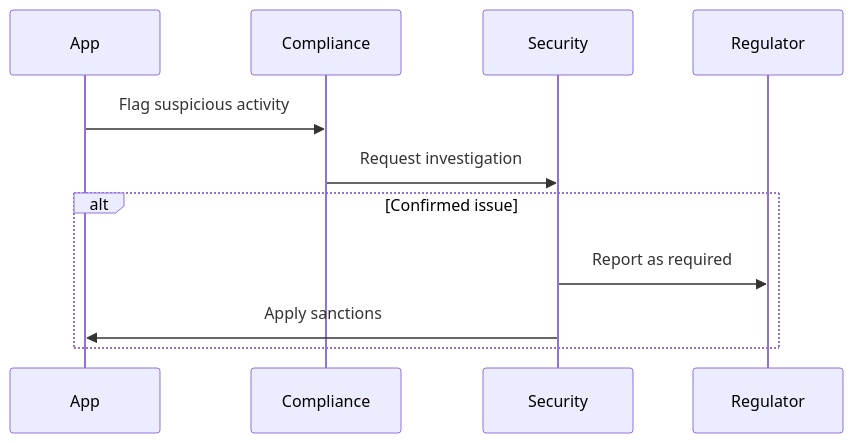
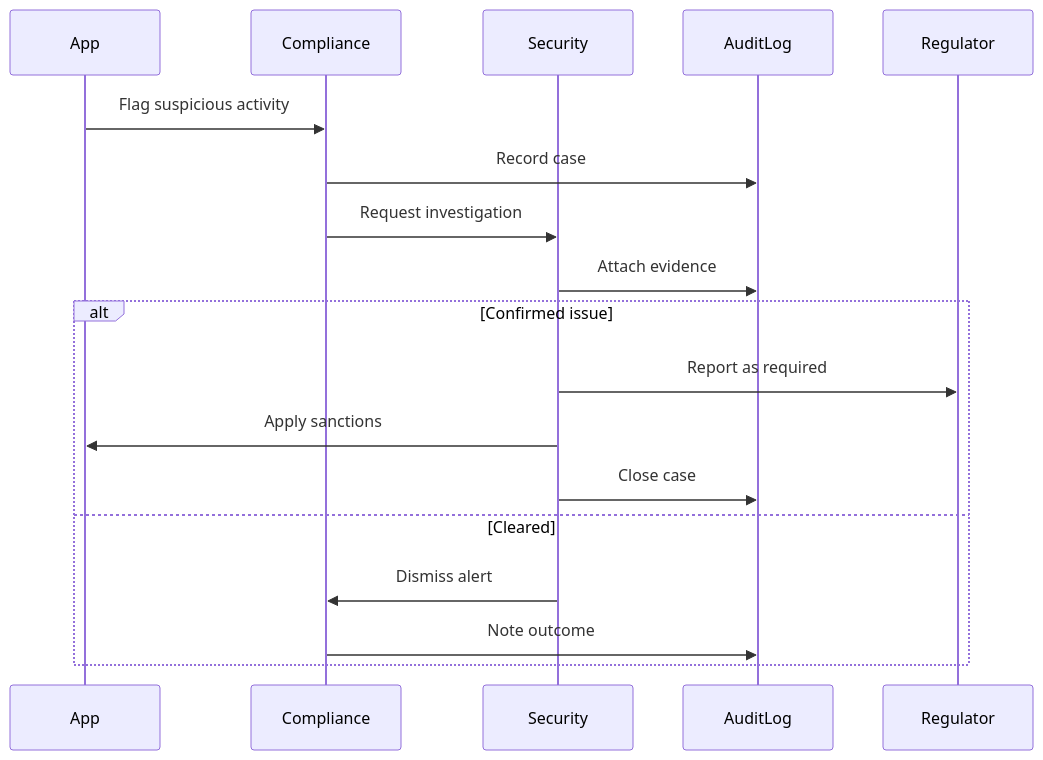
The third of 3 diagrams in docs/security/kyc-aml-flow.md (Nera26/pokerhub), drawn with Mermaid before and after one commit. The commit also changed other lines of this file and 3 other files, not shown here.

````diff
--- a/docs/security/kyc-aml-flow.md
+++ b/docs/security/kyc-aml-flow.md
@@ -88,14 +95,21 @@
 ```mermaid
 sequenceDiagram
   participant A as App
   participant C as Compliance
   participant S as Security
+  participant L as AuditLog
   participant R as Regulator
 
   A->>C: Flag suspicious activity
+  C->>L: Record case
   C->>S: Request investigation
+  S->>L: Attach evidence
   alt Confirmed issue
     S->>R: Report as required
     S->>A: Apply sanctions
+    S->>L: Close case
+  else Cleared
+    S->>C: Dismiss alert
+    C->>L: Note outcome
   end
 ```
````
